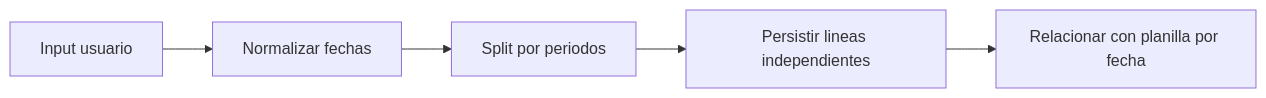
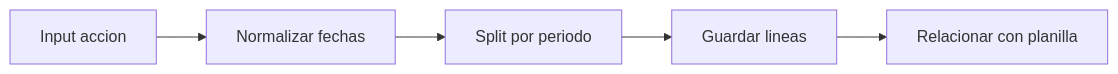
One commit to Robertoart13/NewKipital changed the diagram in docs/09-acciones-personal/ACCIONES-MODELO-POR-PERIODO.md. Above: the diagram before and after it, drawn with Mermaid. The commit also changed other lines of this file and 119 other files, not shown here.

````diff
--- a/docs/09-acciones-personal/ACCIONES-MODELO-POR-PERIODO.md
+++ b/docs/09-acciones-personal/ACCIONES-MODELO-POR-PERIODO.md
@@ -4,7 +7,7 @@
 ```mermaid
 flowchart LR
-  A[Input usuario] --> B[Normalizar fechas]
-  B --> C[Split por periodos]
-  C --> D[Persistir lineas independientes]
-  D --> E[Relacionar con planilla por fecha]
+  A[Input accion] --> B[Normalizar fechas]
+  B --> C[Split por periodo]
+  C --> D[Guardar lineas]
+  D --> E[Relacionar con planilla]
 ```
````
